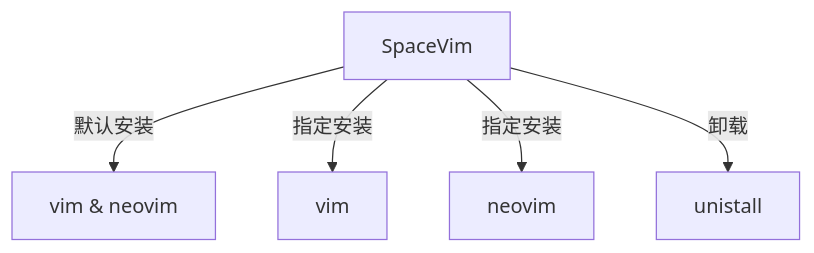
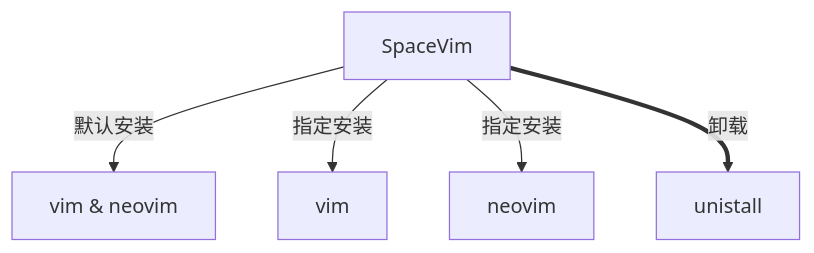
Before and after one commit to suliveevil/suliveevil.github.io: the second of 2 diagrams in _posts/2018-09-23-vim-workflow.md, drawn with Mermaid.

```diff
--- a/_posts/2018-09-23-vim-workflow.md
+++ b/_posts/2018-09-23-vim-workflow.md
@@ -35,7 +35,7 @@
 <div class="mermaid">
 graph TB;
     A[SpaceVim] --默认安装--> B[vim & neovim];
     A--指定安装-->C[vim];
     A--指定安装-->D[neovim];
-    A--卸载-->E[unistall];
+    A==卸载==>E[unistall];
 </div>
```
